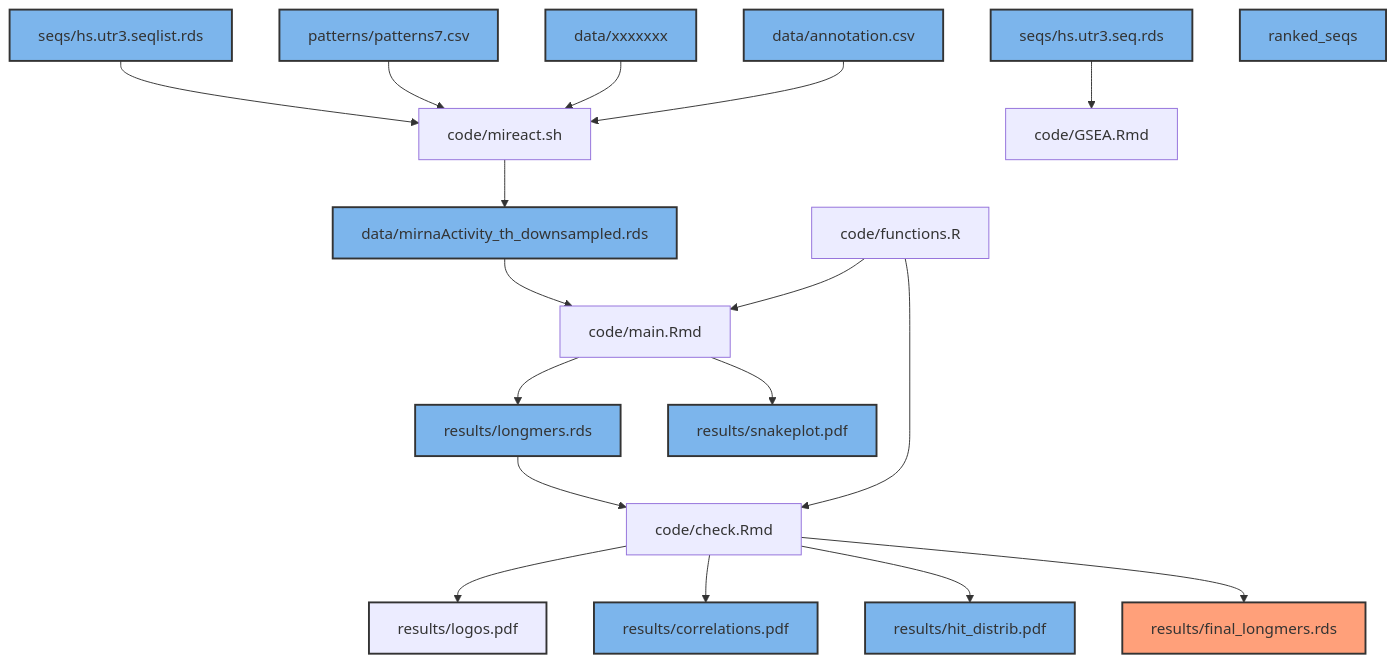
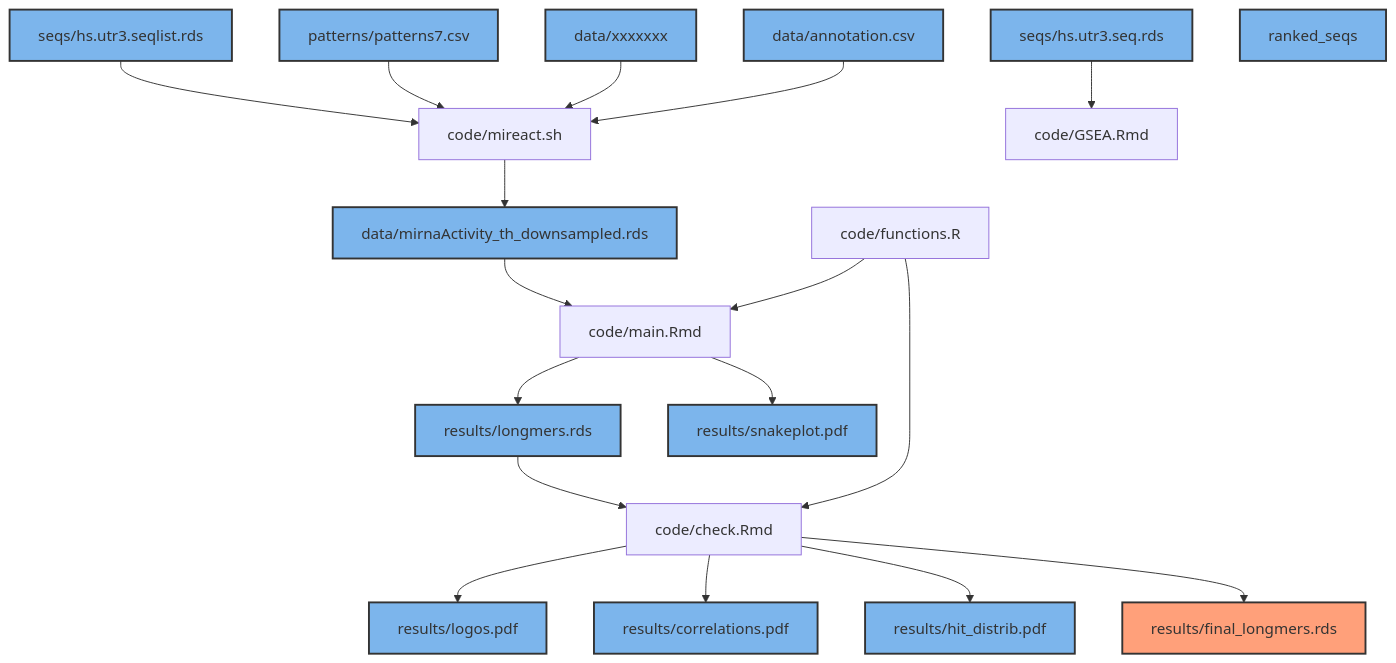
The diagram in README.md (PaulaRodrigoMartin/SMLB), drawn with Mermaid before and after one commit.

````diff
--- a/README.md
+++ b/README.md
@@ -1,54 +1,54 @@
 ```mermaid
 graph TD;
     seqlist[seqs/hs.utr3.seqlist.rds]
     seqs[seqs/hs.utr3.seq.rds]
     mireact_input[data/xxxxxxx]
     miReact_output[data/mirnaActivity_th_downsampled.rds]
     7mers[patterns/patterns7.csv]
     annotation[data/annotation.csv]
     miReact[code/mireact.sh]
     functions[code/functions.R]
     main_notebook[code/main.Rmd]
     check_notebook[code/check.Rmd]
     GSEA[code/GSEA.Rmd]
     logos[results/logos.pdf]
     corrm[results/correlations.pdf]
     distrib[results/hit_distrib.pdf]
     snakeplot[results/snakeplot.pdf]
     longmers[results/longmers.rds]
     finallongmers[results/final_longmers.rds]
     
 
     style seqlist fill:#7cb5ec,stroke:#333,stroke-width:2px;
     style miReact_output fill:#7cb5ec,stroke:#333,stroke-width:2px;
     style 7mers fill:#7cb5ec,stroke:#333,stroke-width:2px;
     style mireact_input fill:#7cb5ec,stroke:#333,stroke-width:2px;
     style seqs fill:#7cb5ec,stroke:#333,stroke-width:2px;
     style annotation fill:#7cb5ec,stroke:#333,stroke-width:2px;
-    style logos fill:##7cb5ec,stroke:#333,stroke-width:2px;
+    style logos fill:#7cb5ec,stroke:#333,stroke-width:2px;
     style corrm fill:#7cb5ec,stroke:#333,stroke-width:2px;
     style distrib fill:#7cb5ec,stroke:#333,stroke-width:2px;
     style ranked_seqs fill:#7cb5ec,stroke:#333,stroke-width:2px;
     style snakeplot fill:#7cb5ec,stroke:#333,stroke-width:2px;
     style longmers fill:#7cb5ec,stroke:#333,stroke-width:2px;
     style finallongmers fill:#FFA07A,stroke:#333,stroke-width:2px;
 
 
     seqlist-->miReact
     7mers-->miReact
     mireact_input-->miReact
     annotation-->miReact
     miReact-->miReact_output
     functions-->main_notebook
     functions-->check_notebook
     main_notebook-->longmers
     longmers-->check_notebook
     check_notebook-->logos
     check_notebook-->corrm
     check_notebook-->distrib
     check_notebook-->finallongmers
     seqs-->GSEA
     main_notebook--> snakeplot
     miReact_output-->main_notebook
 
 ```
````
